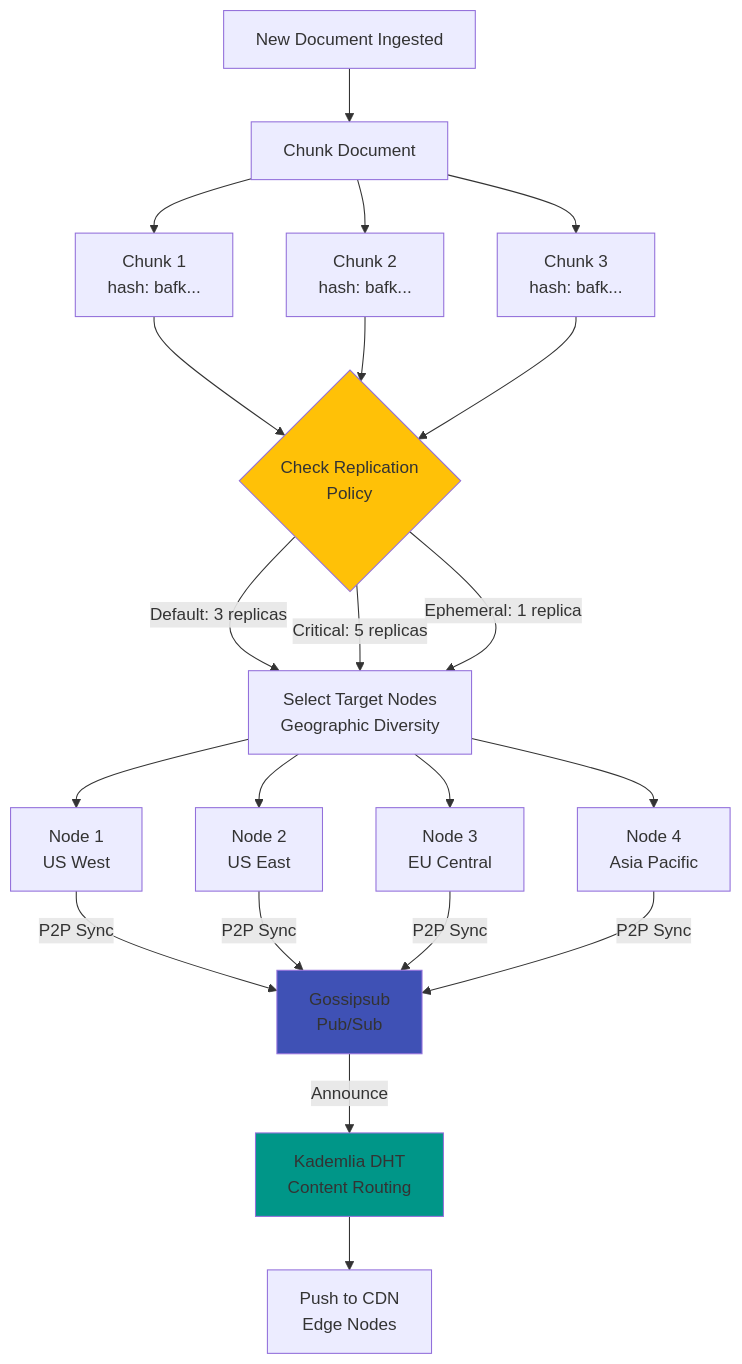
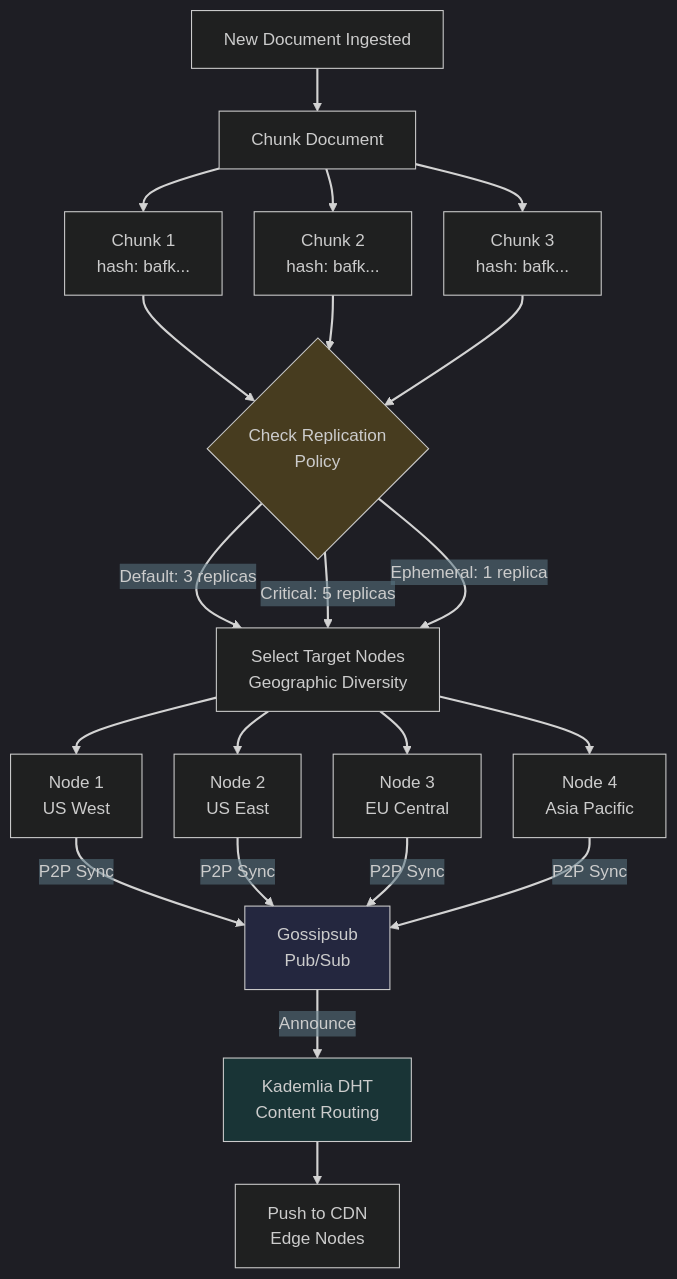
Before and after one commit to veics/rage_pitch: the seventh of 24 diagrams in docs/ARCHITECTURE.md, drawn with Mermaid. The commit also changed other lines of this file and 8 other files, not shown here.

````diff
--- a/docs/ARCHITECTURE.md
+++ b/docs/ARCHITECTURE.md
@@ -384,34 +417,37 @@
 ```mermaid
+%%{init: {'theme':'dark', 'flowchart': {'nodeSpacing': 30, 'rankSpacing': 40, 'curve': 'basis'}, 'themeVariables': {'labelBackground':'rgba(38, 50, 56, 0.1)'}}}%%
 flowchart TD
     DOC[New Document Ingested] --> CHUNK[Chunk Document]
     
     CHUNK --> C1[Chunk 1<br/>hash: bafk...]
     CHUNK --> C2[Chunk 2<br/>hash: bafk...]
     CHUNK --> C3[Chunk 3<br/>hash: bafk...]
     
     C1 --> POLICY{Check Replication<br/>Policy}
     C2 --> POLICY
     C3 --> POLICY
     
     POLICY -->|Default: 3 replicas| SELECT[Select Target Nodes<br/>Geographic Diversity]
     POLICY -->|Critical: 5 replicas| SELECT
     POLICY -->|Ephemeral: 1 replica| SELECT
     
     SELECT --> N1[Node 1<br/>US West]
     SELECT --> N2[Node 2<br/>US East]
     SELECT --> N3[Node 3<br/>EU Central]
     SELECT --> N4[Node 4<br/>Asia Pacific]
     
     N1 -->|P2P Sync| GOSSIP[Gossipsub<br/>Pub/Sub]
     N2 -->|P2P Sync| GOSSIP
     N3 -->|P2P Sync| GOSSIP
     N4 -->|P2P Sync| GOSSIP
     
     GOSSIP -->|Announce| DHT[Kademlia DHT<br/>Content Routing]
     
     DHT --> CDN_PUSH[Push to CDN<br/>Edge Nodes]
     
-    style POLICY fill:#FFC107
-    style GOSSIP fill:#3F51B5
-    style DHT fill:#009688
+    style POLICY fill:#FFC107,fill-opacity:0.18
+    style GOSSIP fill:#3F51B5,fill-opacity:0.18
+    style DHT fill:#009688,fill-opacity:0.18
+
+    linkStyle default stroke-width:2px;
 ```
````
